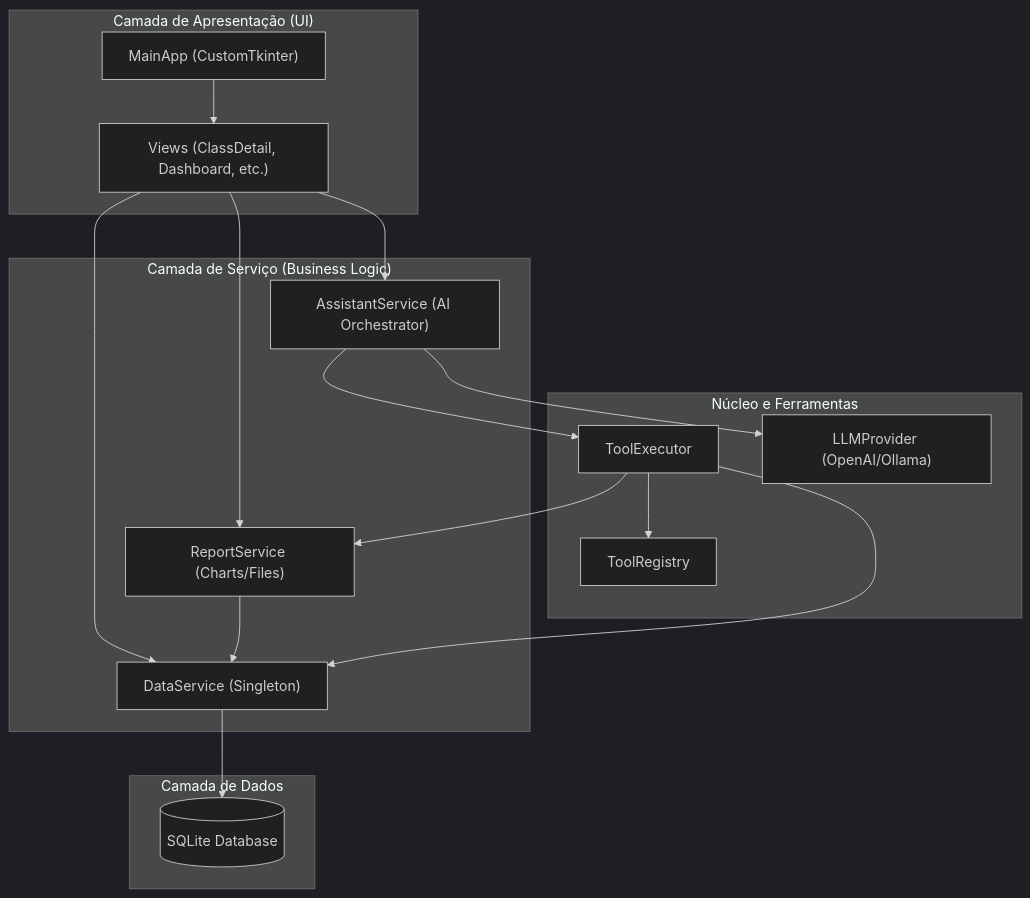
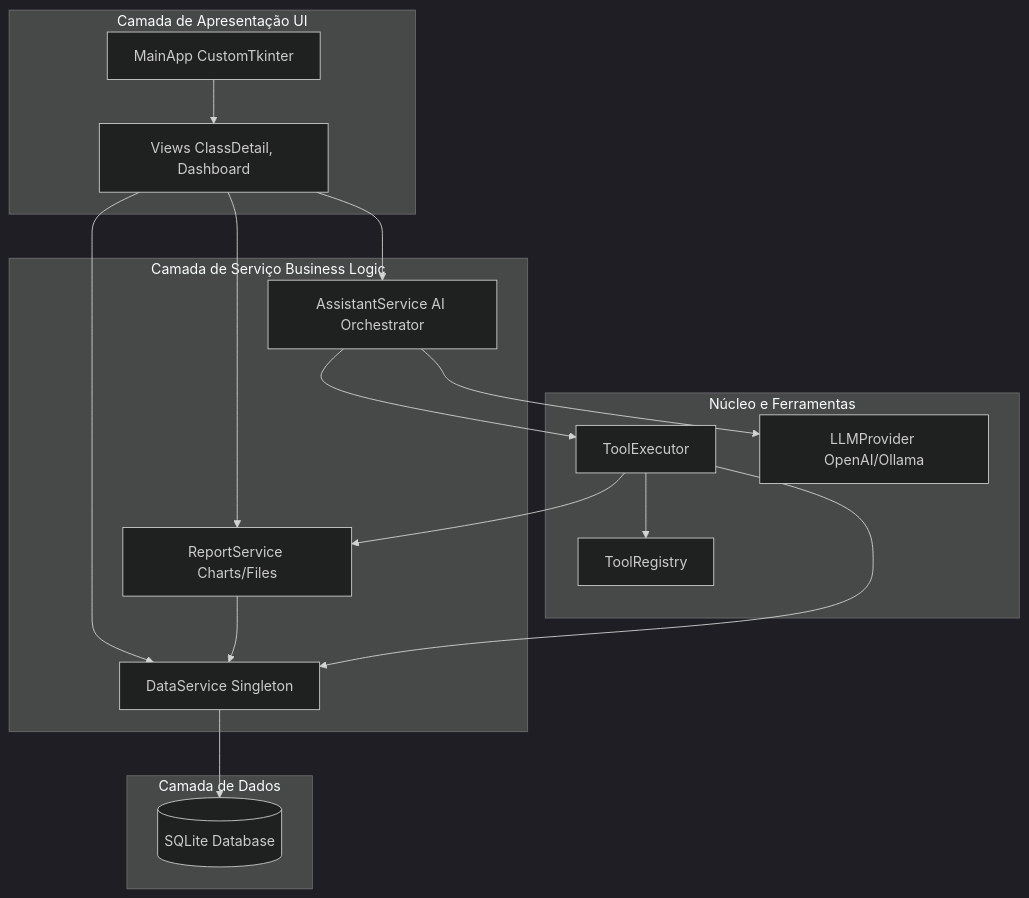
Before and after one commit to Estagiarius/profgent: the third of 5 diagrams in docs/DEVELOPER_GUIDE.md, drawn with Mermaid (dark theme). The commit also changed other lines of this file, not shown here.

Commit message:
docs: Add comprehensive Developer Guide with corrected Mermaid diagrams

````diff
--- a/docs/DEVELOPER_GUIDE.md
+++ b/docs/DEVELOPER_GUIDE.md
@@ -144,38 +138,37 @@
 ```mermaid
-graph TB
-    subgraph UI_Layer ["Camada de Apresentação (UI)"]
-        UI_Main["MainApp (CustomTkinter)"]
-        UI_Views["Views (ClassDetail, Dashboard, etc.)"]
+graph TD
+    subgraph UI_Layer [Camada de Apresentação UI]
+        UI_Main[MainApp CustomTkinter]
+        UI_Views[Views ClassDetail, Dashboard]
     end
 
-    subgraph Service_Layer ["Camada de Serviço (Business Logic)"]
-        Service_Data["DataService (Singleton)"]
-        Service_AI["AssistantService (AI Orchestrator)"]
-        Service_Report["ReportService (Charts/Files)"]
+    subgraph Service_Layer [Camada de Serviço Business Logic]
+        Service_Data[DataService Singleton]
+        Service_AI[AssistantService AI Orchestrator]
+        Service_Report[ReportService Charts/Files]
     end
 
-    subgraph Core_Layer ["Núcleo e Ferramentas"]
-        Core_Tools["ToolRegistry"]
-        Core_Executor["ToolExecutor"]
-        Core_LLM["LLMProvider (OpenAI/Ollama)"]
+    subgraph Core_Layer [Núcleo e Ferramentas]
+        Core_Tools[ToolRegistry]
+        Core_Executor[ToolExecutor]
+        Core_LLM[LLMProvider OpenAI/Ollama]
     end
 
-    subgraph Data_Layer ["Camada de Dados"]
-        DB[("SQLite Database")]
+    subgraph Data_Layer [Camada de Dados]
+        DB[(SQLite Database)]
     end
 
-    %% Conexões
     UI_Main --> UI_Views
     UI_Views --> Service_Data
     UI_Views --> Service_AI
     UI_Views --> Service_Report
 
     Service_Data --> DB
     Service_Report --> Service_Data
 
     Service_AI --> Core_LLM
     Service_AI --> Core_Executor
     Core_Executor --> Core_Tools
     Core_Executor --> Service_Data
     Core_Executor --> Service_Report
 ```
````
